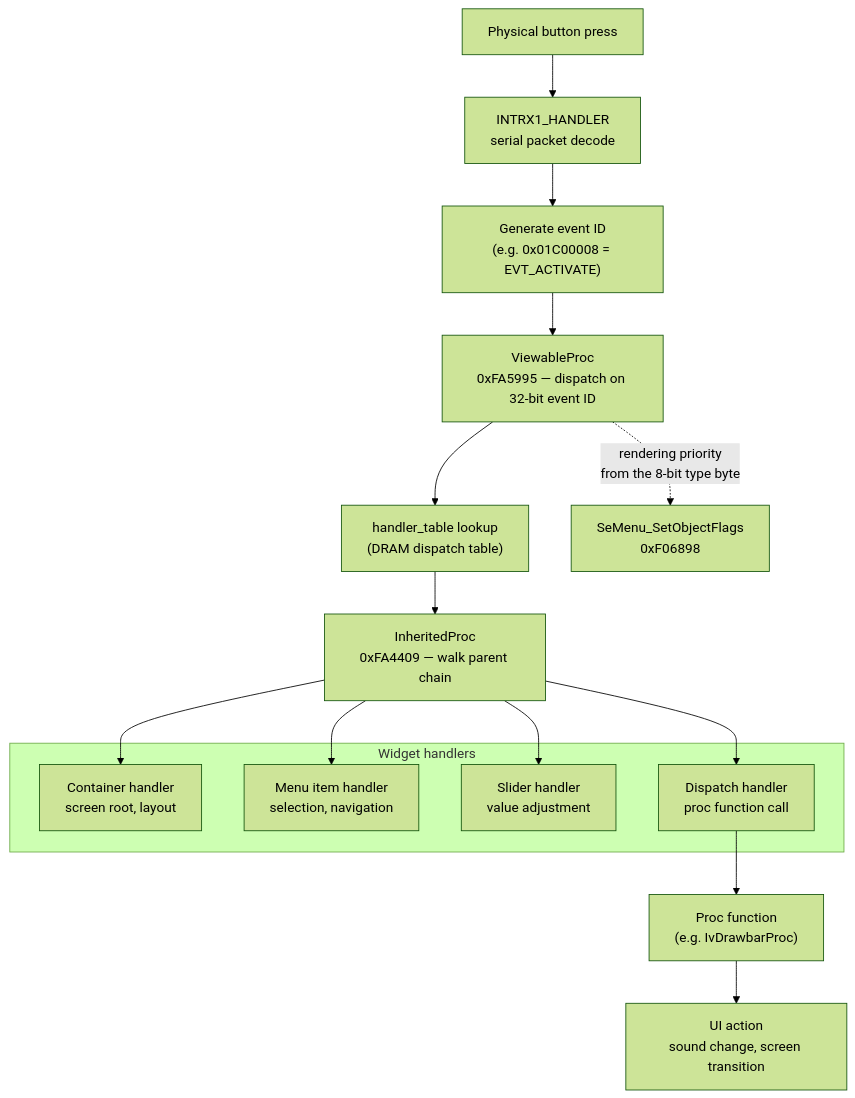
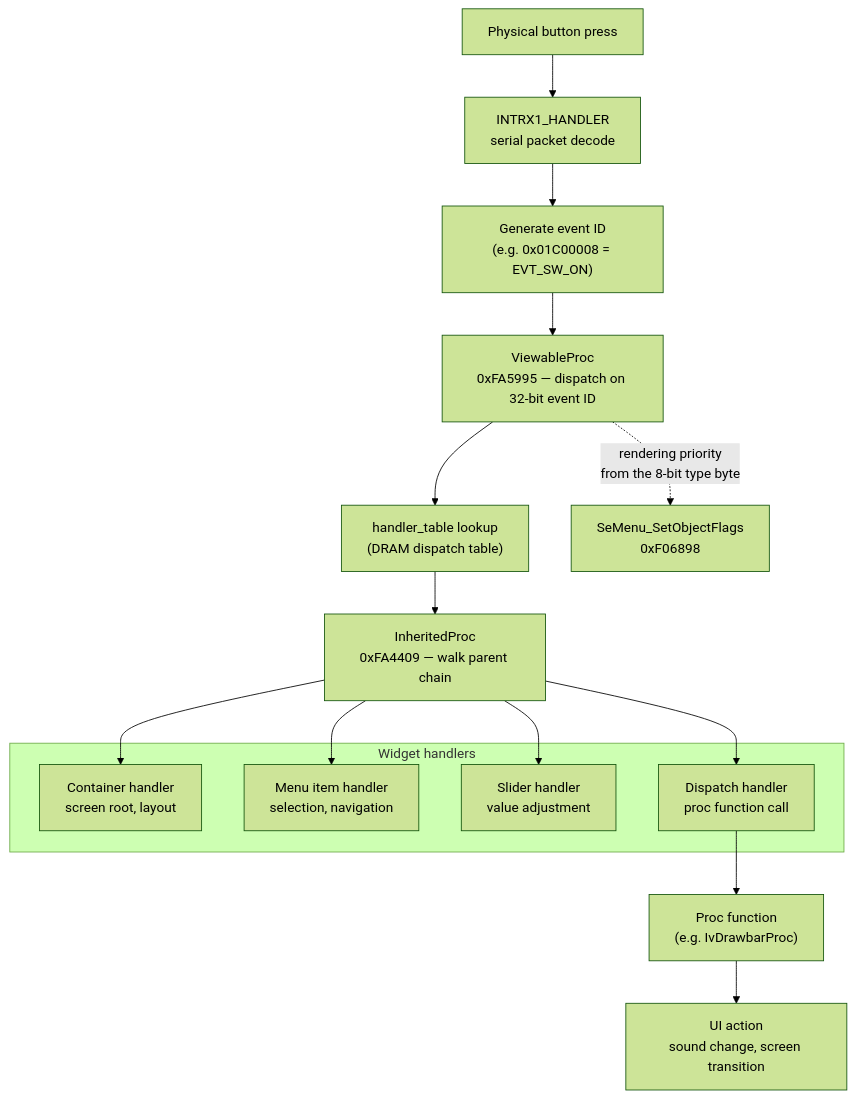
Before and after one commit to ArqueologiaDigital/technics-docs: the sixth of 7 diagrams in firmware-flowchart.md, drawn with Mermaid (forest theme). The commit also changed 3 other files, not shown here.

First line of the commit message:
event codes: the 26 EVT_* constants carry the firmware's own names and meanings

```diff
--- a/firmware-flowchart.md
+++ b/firmware-flowchart.md
@@ -225,23 +225,23 @@
 <pre class="mermaid">
 flowchart TD
     BUTTON["Physical button press"] --> CPANEL_ISR["INTRX1_HANDLER<br/>serial packet decode"]
-    CPANEL_ISR --> EVT_GEN["Generate event ID<br/>(e.g. 0x01C00008 = EVT_ACTIVATE)"]
+    CPANEL_ISR --> EVT_GEN["Generate event ID<br/>(e.g. 0x01C00008 = EVT_SW_ON)"]
     EVT_GEN --> VIEWABLE["ViewableProc<br/>0xFA5995 — dispatch on 32-bit event ID"]
     VIEWABLE --> HANDLER_TABLE["handler_table lookup<br/>(DRAM dispatch table)"]
     HANDLER_TABLE --> INHERITED["InheritedProc<br/>0xFA4409 — walk parent chain"]
     VIEWABLE -.->|"rendering priority<br/>from the 8-bit type byte"| TYPE_CLASS["SeMenu_SetObjectFlags<br/>0xF06898"]
 
     subgraph WIDGETS ["Widget handlers"]
         CONTAINER["Container handler<br/>screen root, layout"]
         MENU_ITEM["Menu item handler<br/>selection, navigation"]
         SLIDER["Slider handler<br/>value adjustment"]
         DISPATCH["Dispatch handler<br/>proc function call"]
     end
 
     INHERITED --> CONTAINER
     INHERITED --> MENU_ITEM
     INHERITED --> SLIDER
     INHERITED --> DISPATCH
     DISPATCH --> PROC["Proc function<br/>(e.g. IvDrawbarProc)"]
     PROC --> ACTION["UI action<br/>sound change, screen transition"]
 </pre>
```
